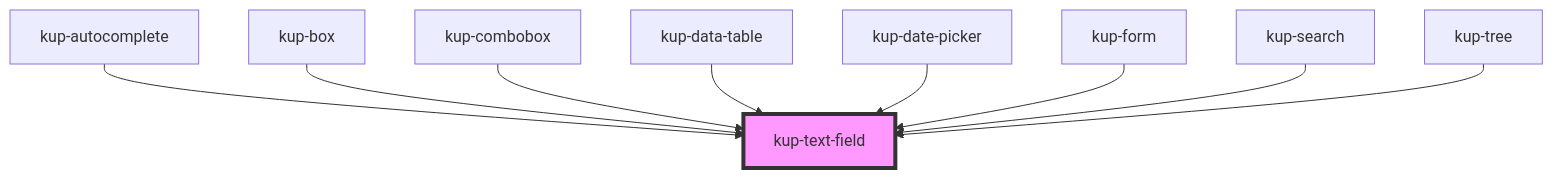
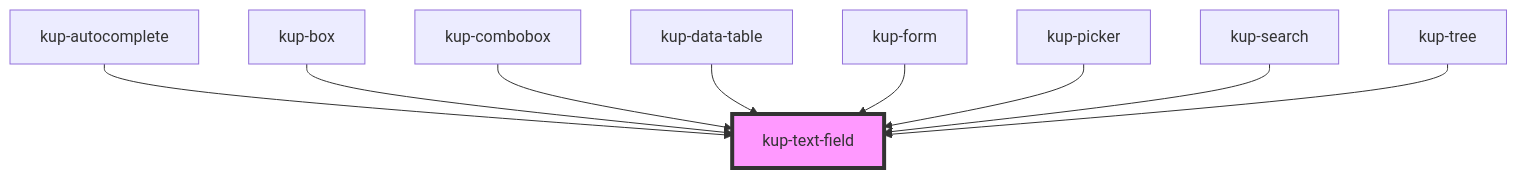
Before and after one commit to smeup/ketchup: the diagram in packages/ketchup/src/components/kup-text-field/readme.md, drawn with Mermaid. The commit also changed other lines of this file and 8 other files, not shown here.

Commit message:
Renamed date-picker to picker.

````diff
--- a/packages/ketchup/src/components/kup-text-field/readme.md
+++ b/packages/ketchup/src/components/kup-text-field/readme.md
@@ -82,12 +82,12 @@
 ```mermaid
 graph TD;
   kup-autocomplete --> kup-text-field
   kup-box --> kup-text-field
   kup-combobox --> kup-text-field
   kup-data-table --> kup-text-field
-  kup-date-picker --> kup-text-field
   kup-form --> kup-text-field
+  kup-picker --> kup-text-field
   kup-search --> kup-text-field
   kup-tree --> kup-text-field
   style kup-text-field fill:#f9f,stroke:#333,stroke-width:4px
 ```
````
